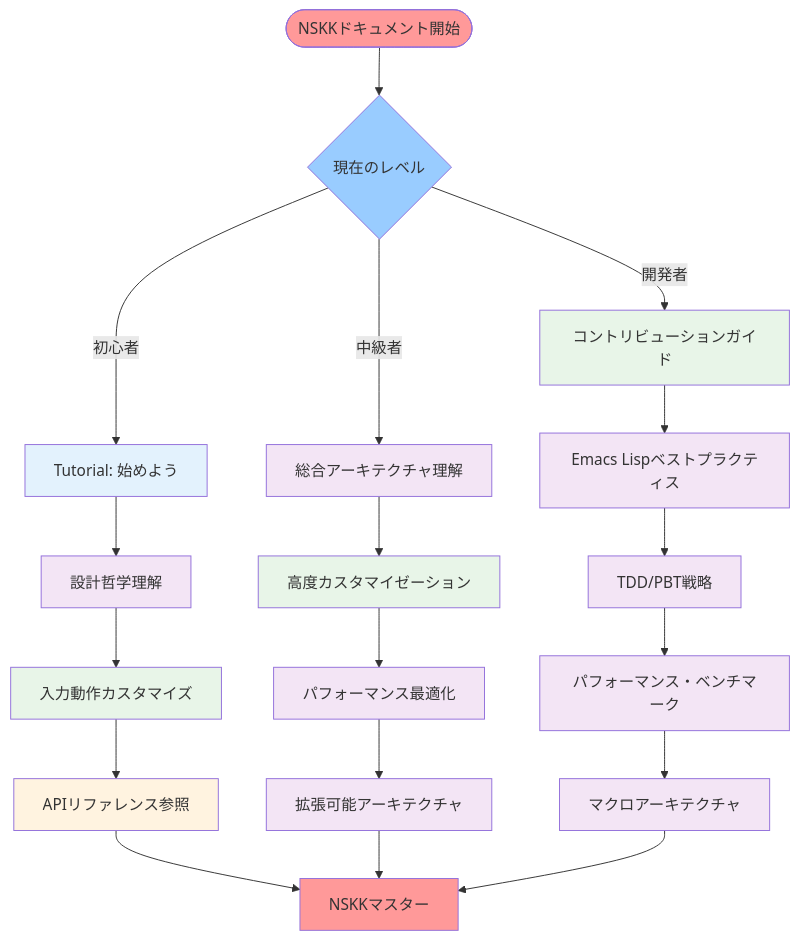
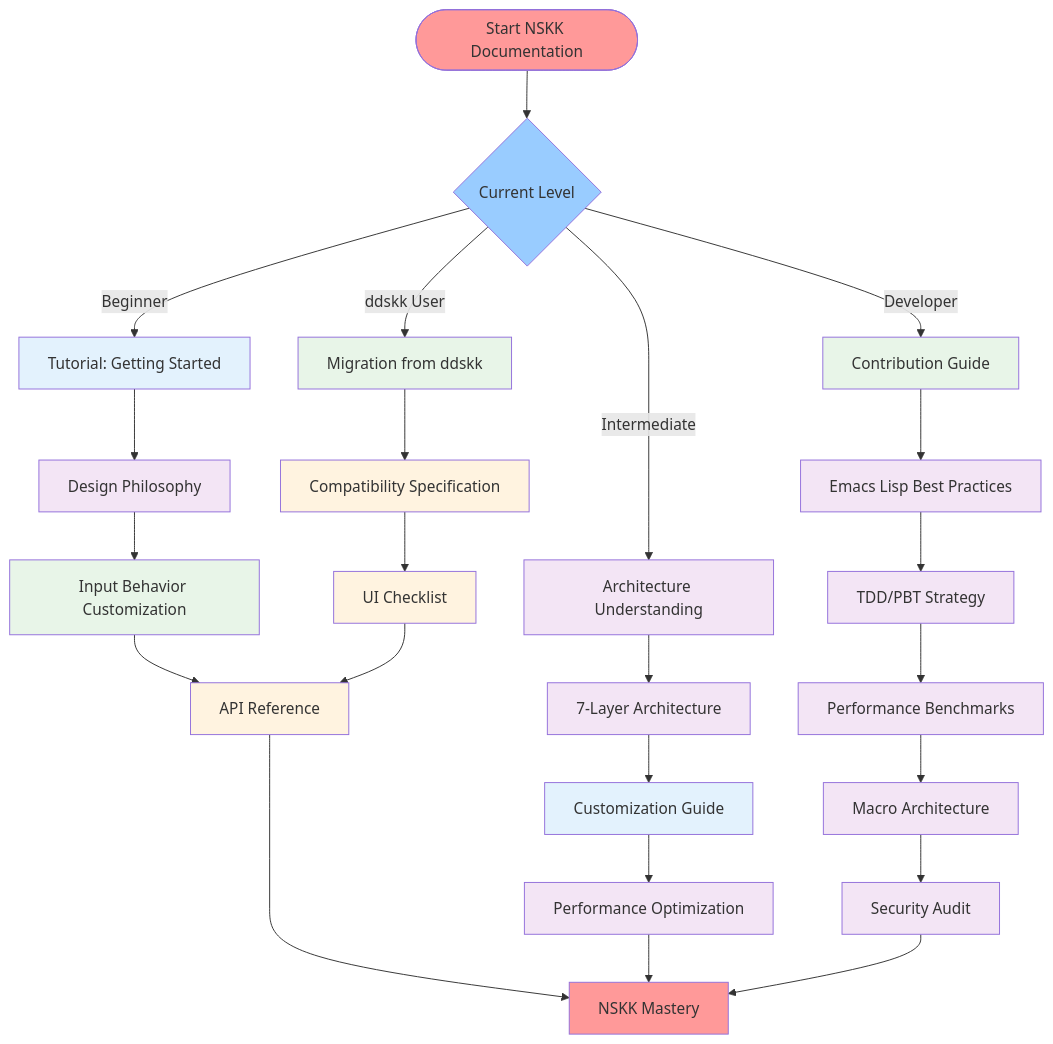
One commit to takeokunn/nskk.el changed the second of 2 diagrams in docs/DOCUMENTATION_MAP.md. Above: the diagram before and after it, drawn with Mermaid. The commit also changed other lines of this file and 300 other files, not shown here.

````diff
--- a/docs/DOCUMENTATION_MAP.md
+++ b/docs/DOCUMENTATION_MAP.md
@@ -176,39 +231,45 @@
 ```mermaid
 flowchart TD
-    START([NSKKドキュメント開始]) --> LEVEL{現在のレベル}
+    START([Start NSKK Documentation]) --> LEVEL{Current Level}
 
-    LEVEL -->|初心者| TUTORIAL[Tutorial: 始めよう]
-    LEVEL -->|中級者| ARCH[総合アーキテクチャ理解]
-    LEVEL -->|開発者| CONTRIB[コントリビューションガイド]
+    LEVEL -->|Beginner| TUTORIAL[Tutorial: Getting Started]
+    LEVEL -->|Intermediate| ARCH[Architecture Understanding]
+    LEVEL -->|Developer| CONTRIB[Contribution Guide]
+    LEVEL -->|ddskk User| MIGRATE[Migration from ddskk]
 
-    TUTORIAL --> PHIL[設計哲学理解]
-    PHIL --> CUSTOM[入力動作カスタマイズ]
-    CUSTOM --> API[APIリファレンス参照]
+    TUTORIAL --> PHIL[Design Philosophy]
+    PHIL --> CUSTOM[Input Behavior Customization]
+    CUSTOM --> API[API Reference]
 
-    ARCH --> ADV_CUSTOM[高度カスタマイゼーション]
-    ADV_CUSTOM --> PERF[パフォーマンス最適化]
-    PERF --> EXT[拡張可能アーキテクチャ]
+    ARCH --> SEVEN_LAYER[7-Layer Architecture]
+    SEVEN_LAYER --> ADV_CUSTOM[Customization Guide]
+    ADV_CUSTOM --> PERF[Performance Optimization]
 
-    CONTRIB --> PRACTICES[Emacs Lispベストプラクティス]
-    PRACTICES --> TDD[TDD/PBT戦略]
-    TDD --> BENCHMARK[パフォーマンス・ベンチマーク]
-    BENCHMARK --> MACRO[マクロアーキテクチャ]
+    CONTRIB --> PRACTICES[Emacs Lisp Best Practices]
+    PRACTICES --> TDD[TDD/PBT Strategy]
+    TDD --> BENCHMARK[Performance Benchmarks]
+    BENCHMARK --> MACRO[Macro Architecture]
+    MACRO --> SECURITY[Security Audit]
 
-    API --> MASTERY[NSKKマスター]
-    EXT --> MASTERY
-    MACRO --> MASTERY
+    MIGRATE --> COMPAT[Compatibility Specification]
+    COMPAT --> UI_CHECK[UI Checklist]
+    UI_CHECK --> API
+
+    API --> MASTERY[NSKK Mastery]
+    PERF --> MASTERY
+    SECURITY --> MASTERY
 
     classDef startEnd fill:#ff9999
     classDef decision fill:#99ccff
     classDef tutorial fill:#e3f2fd
     classDef howto fill:#e8f5e8
     classDef reference fill:#fff3e0
     classDef explanation fill:#f3e5f5
 
     class START,MASTERY startEnd
     class LEVEL decision
-    class TUTORIAL tutorial
-    class CUSTOM,ADV_CUSTOM,CONTRIB howto
-    class API reference
-    class PHIL,ARCH,PERF,EXT,PRACTICES,TDD,BENCHMARK,MACRO explanation
+    class TUTORIAL,ADV_CUSTOM tutorial
+    class CONTRIB,CUSTOM,MIGRATE howto
+    class API,COMPAT,UI_CHECK reference
+    class PHIL,ARCH,SEVEN_LAYER,PERF,PRACTICES,TDD,BENCHMARK,MACRO,SECURITY explanation
 ```
````
